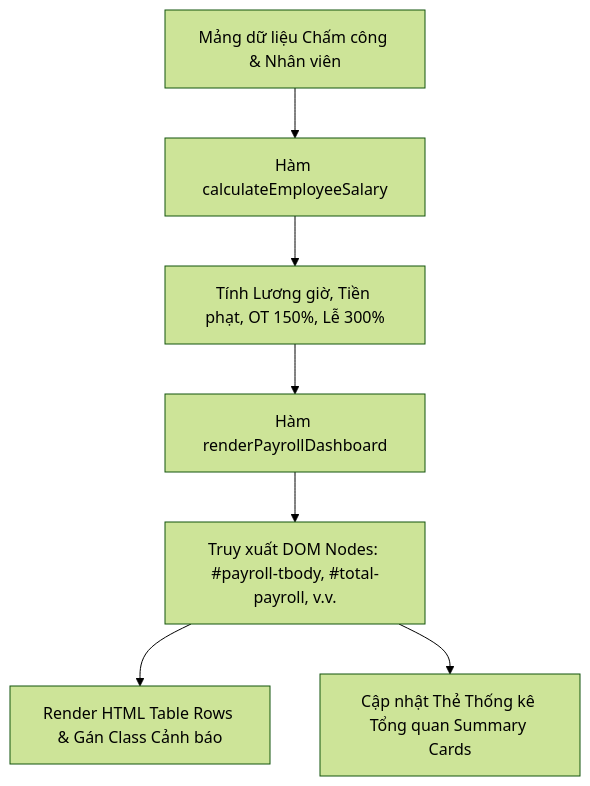
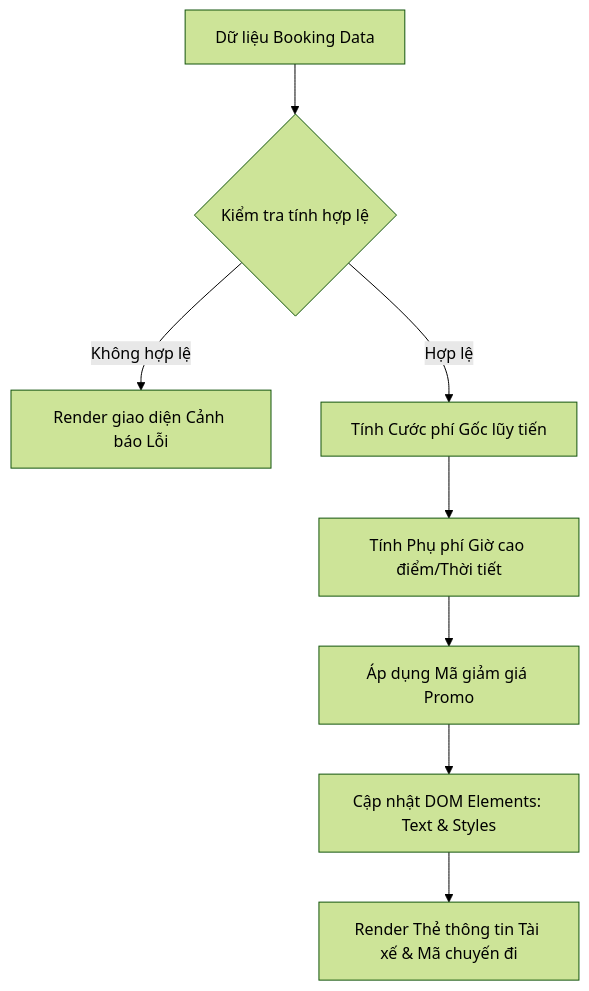
The diagram in output/pms/Phát_triển_ứng_dụng_web/Session 17 - Tương tác DOM API (Document Object Model)- Truy xuất và Thay đổi Nội dung/Bài tập/bai_tap_7.md (ngoquy12/learning_material), drawn with Mermaid (forest theme) before and after one commit. The commit also changed other lines of this file and 152 other files, not shown here.

Commit message:
feat(domain): implement Session Domain Anchor Architecture for 100% unified domain consistency across all session resources

````diff
--- a/output/pms/Phát_triển_ứng_dụng_web/Session 17 - Tương tác DOM API (Document Object Model)- Truy xuất và Thay đổi Nội dung/Bài tập/bai_tap_7.md
+++ b/output/pms/Phát_triển_ứng_dụng_web/Session 17 - Tương tác DOM API (Document Object Model)- Truy xuất và Thay đổi Nội dung/Bài tập/bai_tap_7.md
@@ -14,9 +18,10 @@
 ```mermaid
-graph TD
-    A[Mảng dữ liệu Chấm công & Nhân viên] --> B[Hàm calculateEmployeeSalary]
-    B --> C[Tính Lương giờ, Tiền phạt, OT 150%, Lễ 300%]
-    C --> D[Hàm renderPayrollDashboard]
-    D --> E[Truy xuất DOM Nodes: #payroll-tbody, #total-payroll, v.v.]
-    E --> F[Render HTML Table Rows & Gán Class Cảnh báo]
-    E --> G[Cập nhật Thẻ Thống kê Tổng quan Summary Cards]
+flowchart TD
+    A[Dữ liệu Booking Data] --> B{Kiểm tra tính hợp lệ}
+    B -- Không hợp lệ --> C[Render giao diện Cảnh báo Lỗi]
+    B -- Hợp lệ --> D[Tính Cước phí Gốc lũy tiến]
+    D --> E[Tính Phụ phí Giờ cao điểm/Thời tiết]
+    E --> F[Áp dụng Mã giảm giá Promo]
+    F --> G[Cập nhật DOM Elements: Text & Styles]
+    G --> H[Render Thẻ thông tin Tài xế & Mã chuyến đi]
 ```
````
